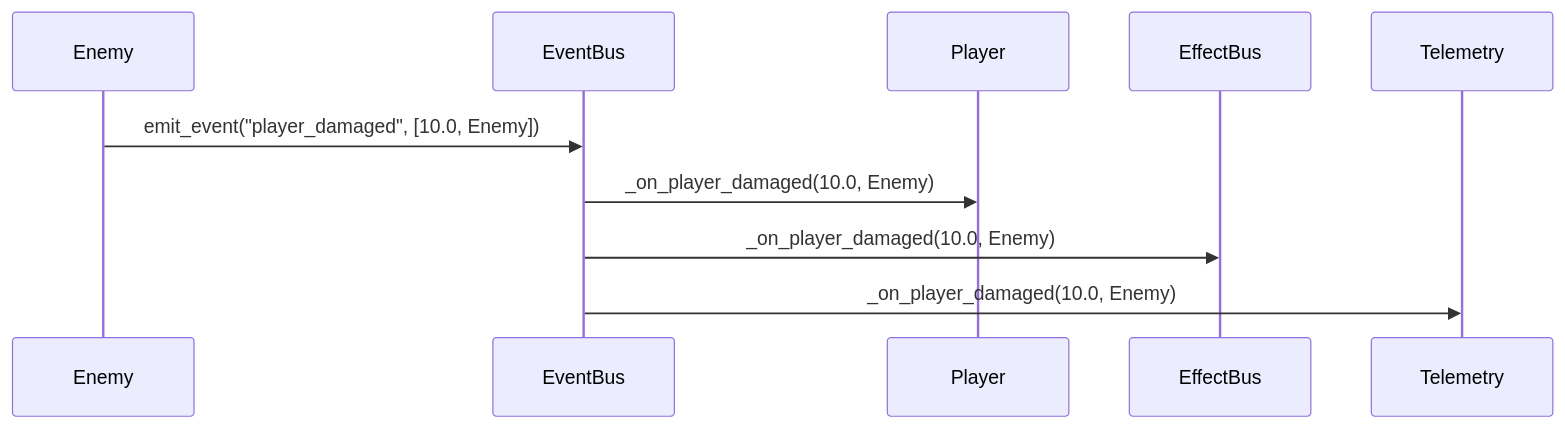
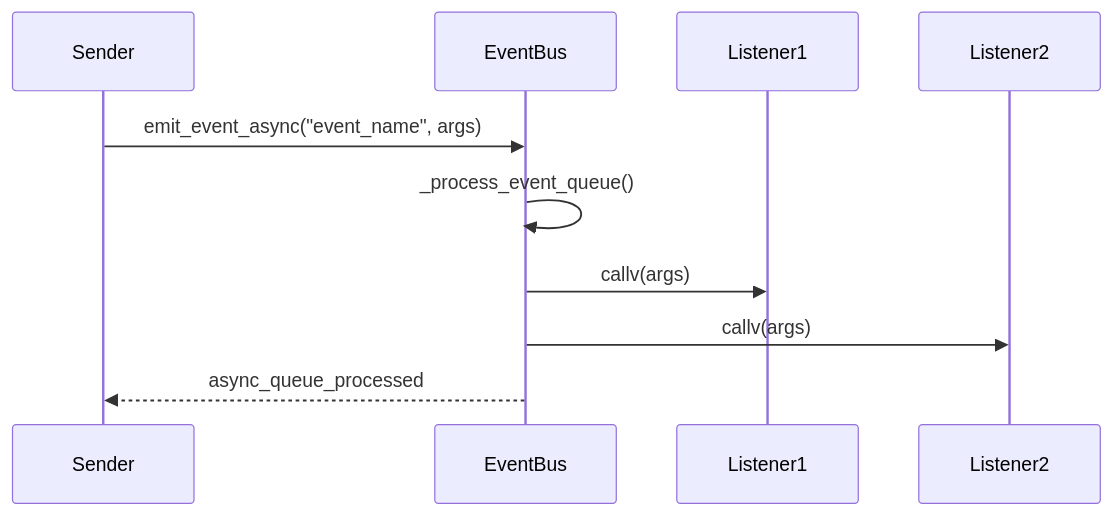
One commit to nel2116/GodotGame changed the third of 3 diagrams in Docs/10_CoreDocs/15_ImplementationSpecs/15.2_EventBus.md. Above: the diagram before and after it, drawn with Mermaid. The commit also changed other lines of this file and 2 other files, not shown here.

Commit message:
feat: EventBusに優先順位付きイベント処理と非同期イベント処理を実装 Closes #3

````diff
--- a/Docs/10_CoreDocs/15_ImplementationSpecs/15.2_EventBus.md
+++ b/Docs/10_CoreDocs/15_ImplementationSpecs/15.2_EventBus.md
@@ -159,13 +206,13 @@
 ```mermaid
 sequenceDiagram
-    participant Enemy
+    participant Sender
     participant EventBus
-    participant Player
-    participant EffectBus
-    participant Telemetry
+    participant Listener1
+    participant Listener2
 
-    Enemy->>EventBus: emit_event("player_damaged", [10.0, Enemy])
-    EventBus->>Player: _on_player_damaged(10.0, Enemy)
-    EventBus->>EffectBus: _on_player_damaged(10.0, Enemy)
-    EventBus->>Telemetry: _on_player_damaged(10.0, Enemy)
+    Sender->>EventBus: emit_event_async("event_name", args)
+    EventBus->>EventBus: _process_event_queue()
+    EventBus->>Listener1: callv(args)
+    EventBus->>Listener2: callv(args)
+    EventBus-->>Sender: async_queue_processed
 ```
````
